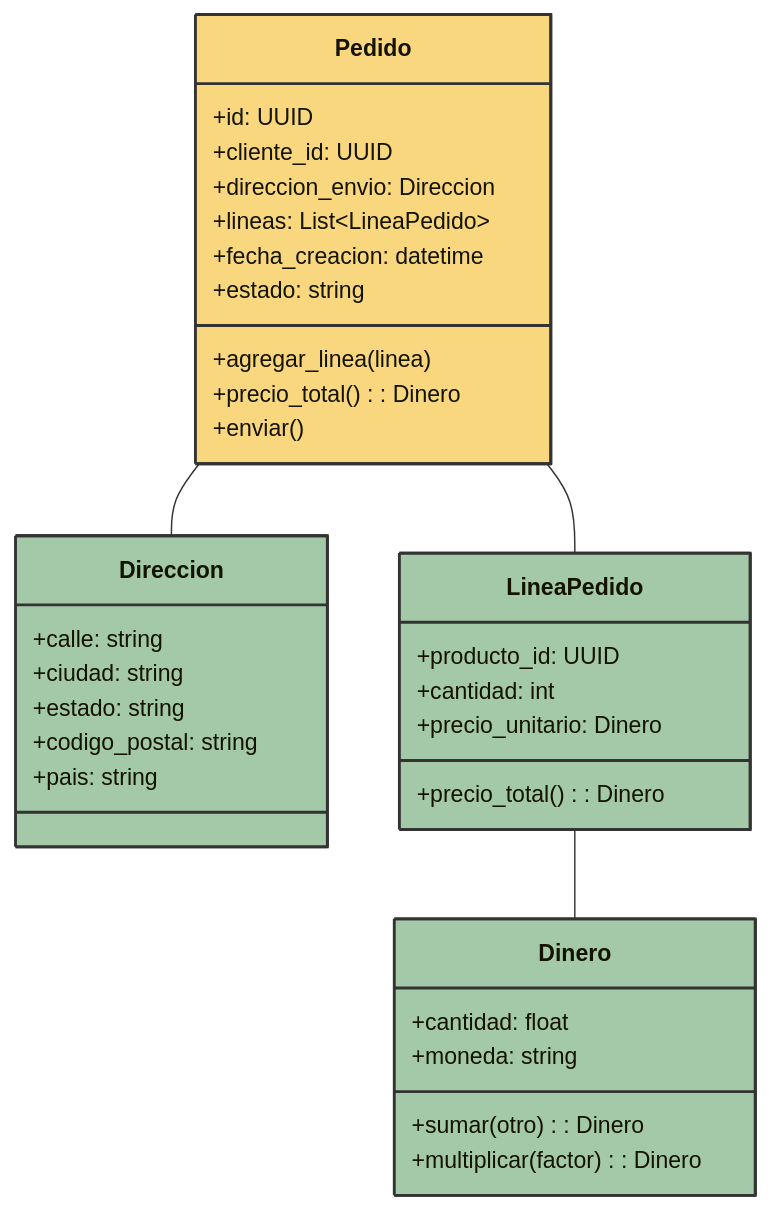
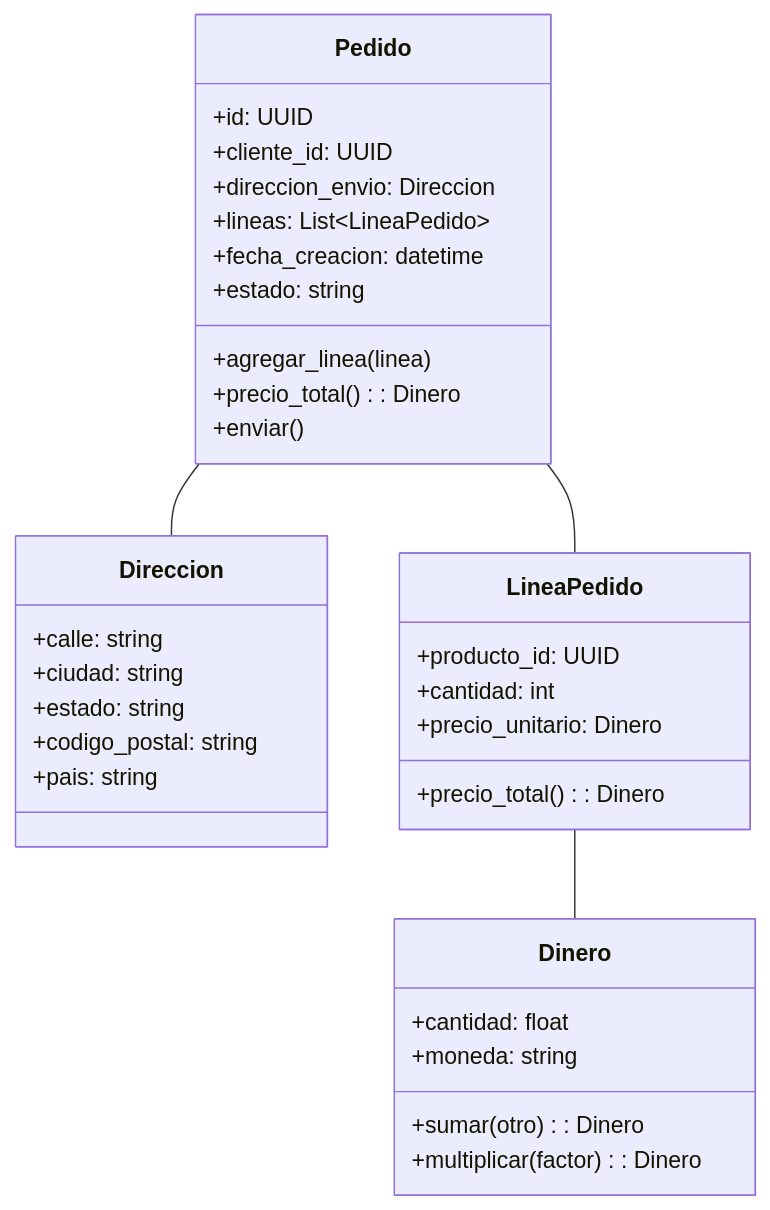
The fourth of 4 diagrams in docs/ddd/entities-value-objects.md (aialphanovatide/software-architecture-guide), drawn with Mermaid before and after one commit. The commit also changed other lines of this file and 8 other files, not shown here.

````diff
--- a/docs/ddd/entities-value-objects.md
+++ b/docs/ddd/entities-value-objects.md
@@ -302,45 +286,40 @@
 ```mermaid
 classDiagram
     class Pedido {
         +id: UUID
         +cliente_id: UUID
         +direccion_envio: Direccion
         +lineas: List~LineaPedido~
         +fecha_creacion: datetime
         +estado: string
         +agregar_linea(linea)
         +precio_total(): Dinero
         +enviar()
     }
     
     class Direccion {
         +calle: string
         +ciudad: string
         +estado: string
         +codigo_postal: string
         +pais: string
     }
     
     class Dinero {
         +cantidad: float
         +moneda: string
         +sumar(otro): Dinero
         +multiplicar(factor): Dinero
     }
     
     class LineaPedido {
         +producto_id: UUID
         +cantidad: int
         +precio_unitario: Dinero
         +precio_total(): Dinero
     }
     
     Pedido -- Direccion
     Pedido -- LineaPedido
     LineaPedido -- Dinero
-    
-    style Pedido fill:#f9d77e,stroke:#333,stroke-width:2px
-    style Direccion fill:#a3c9a8,stroke:#333,stroke-width:2px
-    style Dinero fill:#a3c9a8,stroke:#333,stroke-width:2px
-    style LineaPedido fill:#a3c9a8,stroke:#333,stroke-width:2px
 ```
````
